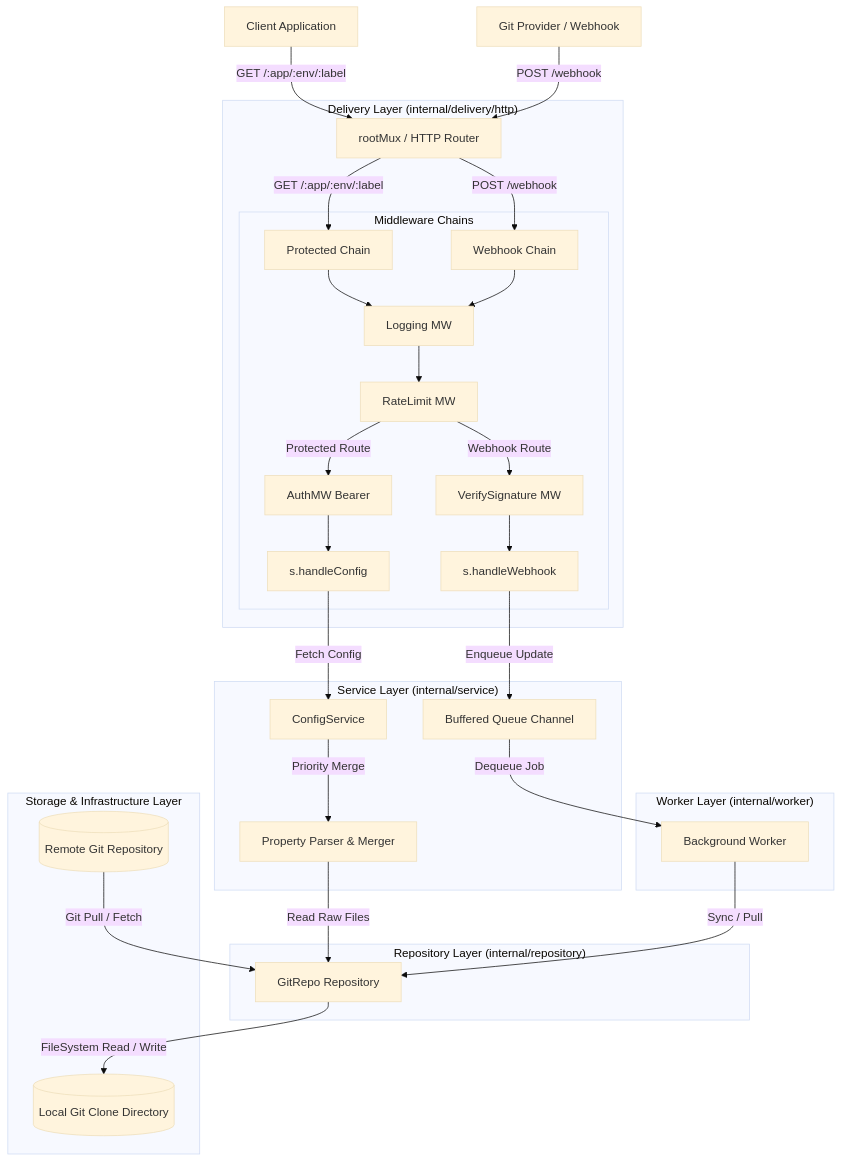
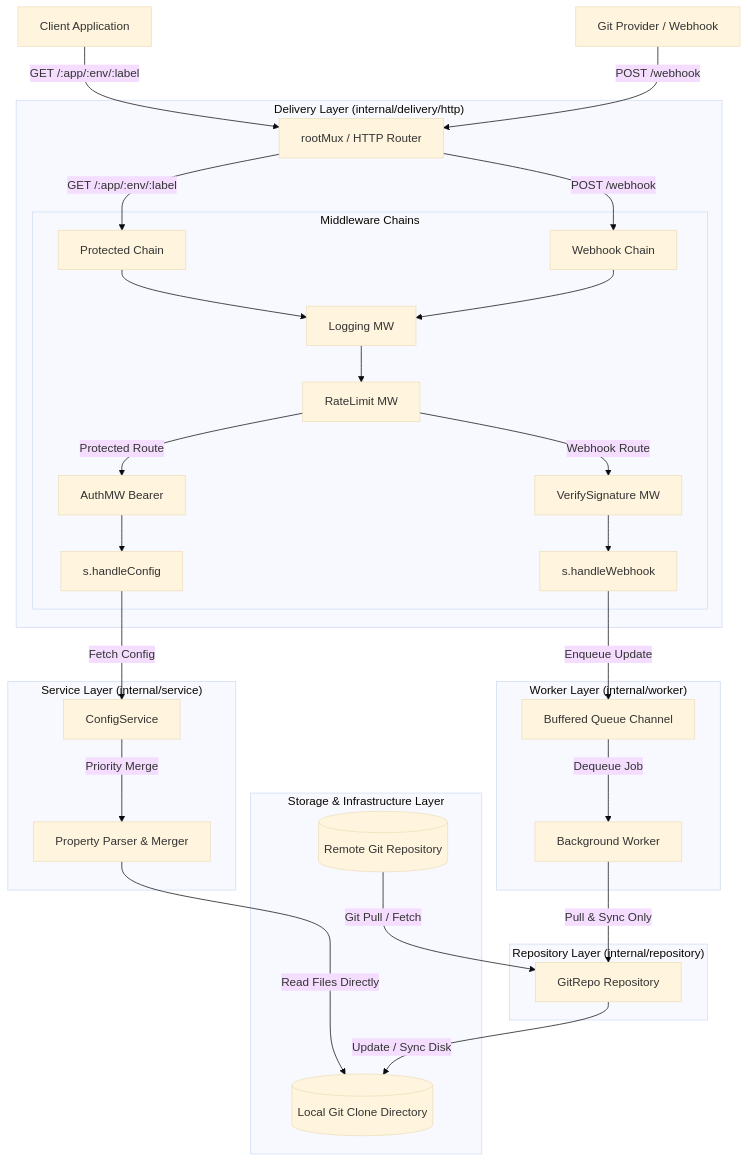
Before and after one commit to KAnggara75/conflect: the diagram in ARCHITECTURE.md, drawn with Mermaid (base theme).

Commit message:
add: ARCH.md

````diff
--- a/ARCHITECTURE.md
+++ b/ARCHITECTURE.md
@@ -7,43 +7,43 @@
 ```mermaid
 graph TD
     Client[Client Application] -->|GET /:app/:env/:label| RootMux[rootMux / HTTP Router]
     GitWebhook[Git Provider / Webhook] -->|POST /webhook| RootMux
 
     subgraph "Delivery Layer (internal/delivery/http)"
         RootMux -->|POST /webhook| WebhookChain[Webhook Chain]
         RootMux -->|GET /:app/:env/:label| ProtectedChain[Protected Chain]
 
         subgraph "Middleware Chains"
             ProtectedChain --> LogMW[Logging MW]
             WebhookChain --> LogMW
             
             LogMW --> RLMW[RateLimit MW]
 
             RLMW -->|Protected Route| AuthMW[AuthMW Bearer]
             AuthMW --> ConfigHandler[s.handleConfig]
 
             RLMW -->|Webhook Route| SigMW[VerifySignature MW]
             SigMW --> WebhookHandler[s.handleWebhook]
         end
     end
 
+    subgraph "Worker Layer (internal/worker)"
+        Queue -->|Dequeue Job| AsyncWorker[Background Worker]
+    end
+
     subgraph "Service Layer (internal/service)"
         ConfigHandler -->|Fetch Config| ConfigSvc[ConfigService]
         WebhookHandler -->|Enqueue Update| Queue[Buffered Queue Channel]
         ConfigSvc -->|Priority Merge| ConfigResolver[Property Parser & Merger]
     end
 
-    subgraph "Worker Layer (internal/worker)"
-        Queue -->|Dequeue Job| AsyncWorker[Background Worker]
-    end
-
     subgraph "Repository Layer (internal/repository)"
-        ConfigResolver -->|Read Raw Files| GitRepo[GitRepo Repository]
-        AsyncWorker -->|Sync / Pull| GitRepo
+        AsyncWorker -->|Pull & Sync Only| GitRepo[GitRepo Repository]
     end
 
     subgraph "Storage & Infrastructure Layer"
-        GitRepo -->|FileSystem Read / Write| LocalRepo[(Local Git Clone Directory)]
+        ConfigResolver -->|Read Files Directly| LocalRepo[(Local Git Clone Directory)]
+        GitRepo -->|Update / Sync Disk| LocalRepo
         RemoteGit[(Remote Git Repository)] -->|Git Pull / Fetch| GitRepo
     end
 ```
````
